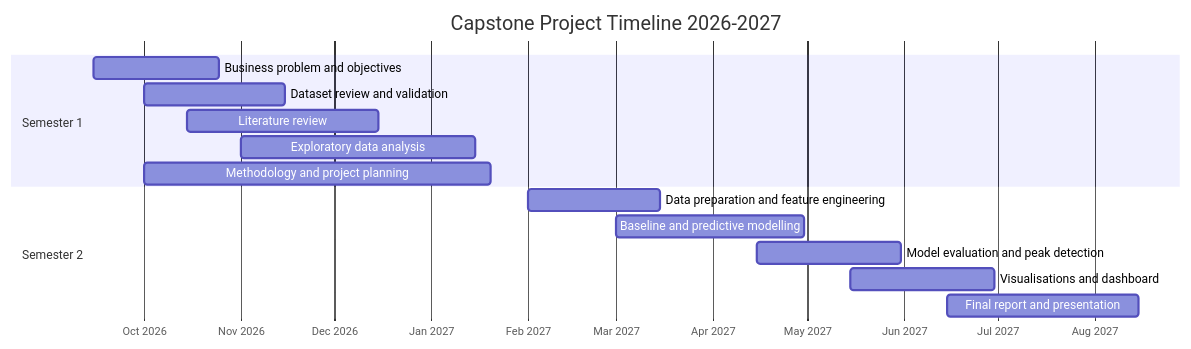
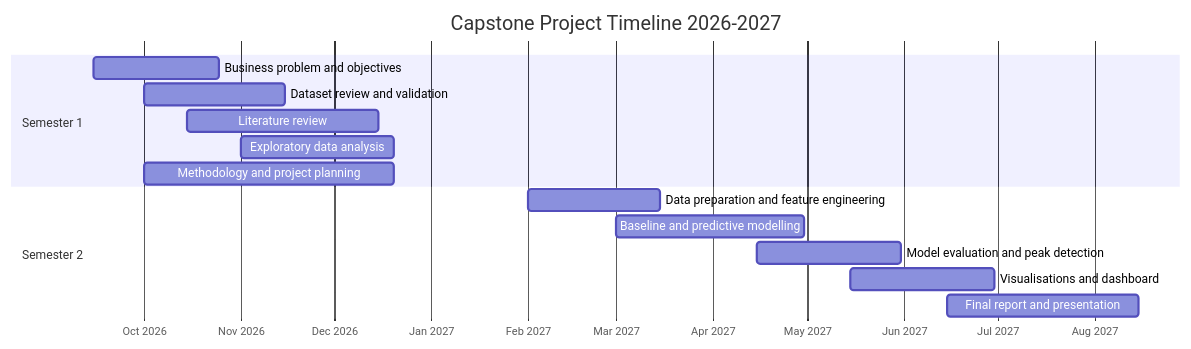
One commit to DiegoMarlonGomesGenesio/CCT---Capstone---Project changed the diagram in PROJECT_TIMELINE.md. Above: the diagram before and after it, drawn with Mermaid.

Commit message:
PROJECT_TIMELINE.md

````diff
--- a/PROJECT_TIMELINE.md
+++ b/PROJECT_TIMELINE.md
@@ -13,20 +13,20 @@
 ```mermaid
 gantt
     title Capstone Project Timeline 2026-2027
     dateFormat YYYY-MM-DD
     axisFormat %b %Y
 
     section Semester 1
     Business problem and objectives :a1, 2026-09-15, 2026-10-25
     Dataset review and validation :a2, 2026-10-01, 2026-11-15
     Literature review :a3, 2026-10-15, 2026-12-15
-    Exploratory data analysis :a4, 2026-11-01, 2027-01-15
-    Methodology and project planning :a5, 2026-10-01, 2027-01-20
+    Exploratory data analysis :a4, 2026-11-01, 2026-12-20
+    Methodology and project planning :a5, 2026-10-01, 2026-12-20
 
     section Semester 2
     Data preparation and feature engineering :b1, 2027-02-01, 2027-03-15
     Baseline and predictive modelling :b2, 2027-03-01, 2027-04-30
     Model evaluation and peak detection :b3, 2027-04-15, 2027-05-31
     Visualisations and dashboard :b4, 2027-05-15, 2027-06-30
     Final report and presentation :b5, 2027-06-15, 2027-08-15
 ```
````
